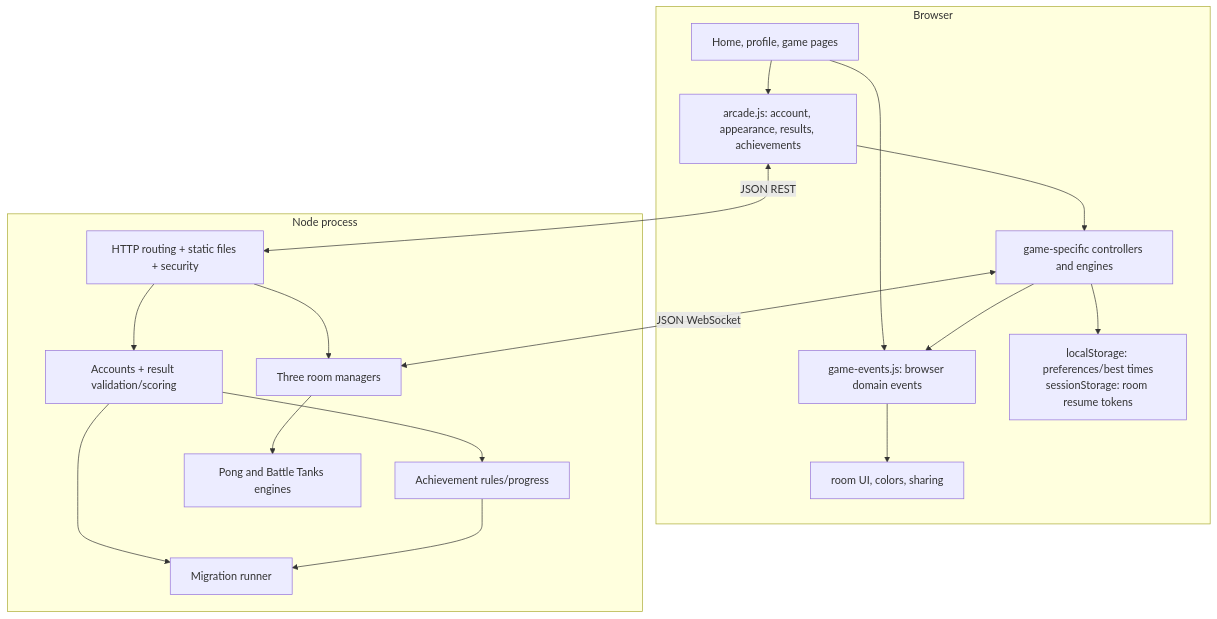
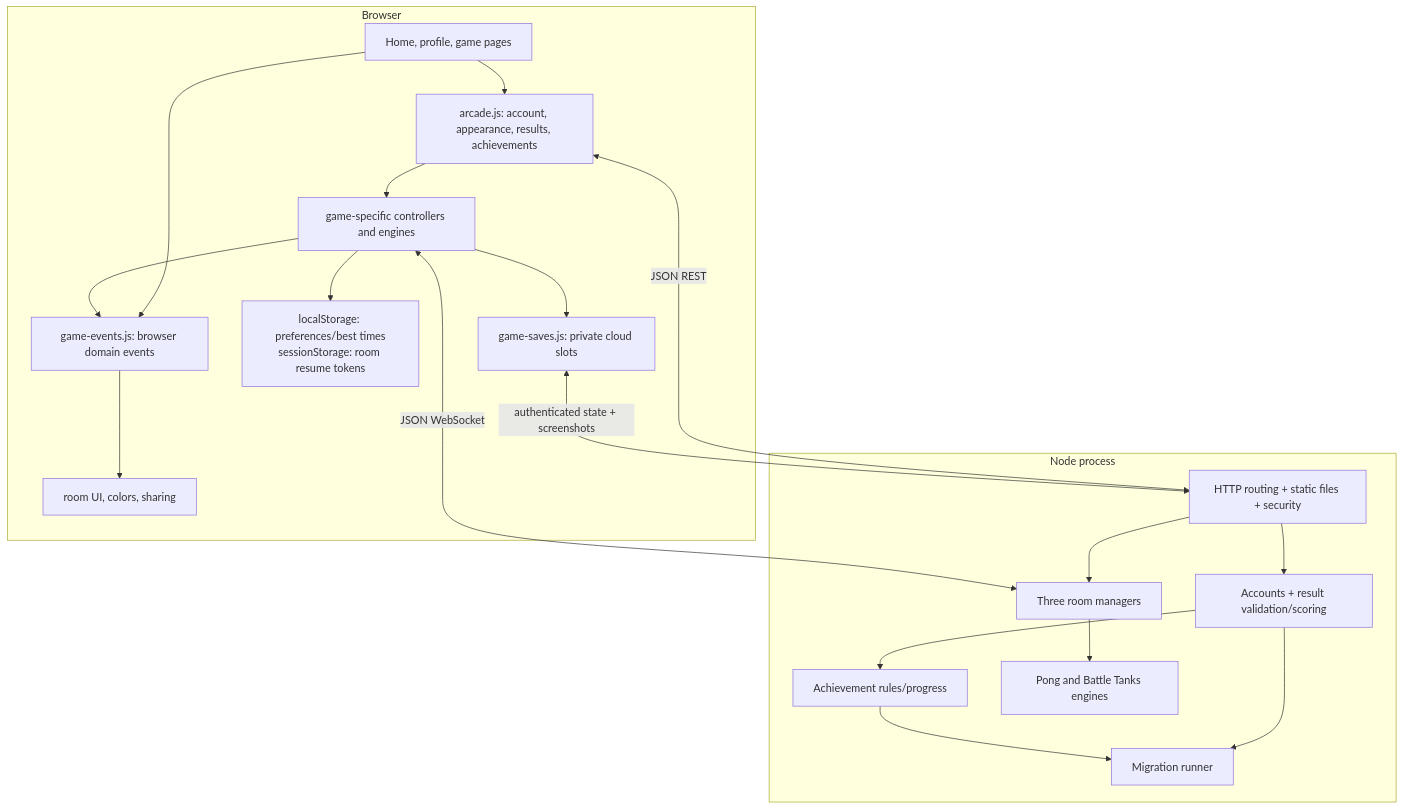
Before and after one commit to bashmohandes/Javascript: the second of 8 diagrams in docs/architecture.md, drawn with Mermaid. The commit also changed other lines of this file and 31 other files, not shown here.

Commit message:
Add cloud game saves

````diff
--- a/docs/architecture.md
+++ b/docs/architecture.md
@@ -21,30 +21,33 @@
 ```mermaid
 flowchart TB
   subgraph Browser
     Pages[Home, profile, game pages]
     Arcade[arcade.js: account, appearance, results, achievements]
     Events[game-events.js: browser domain events]
     Shared[room UI, colors, sharing]
     Games[game-specific controllers and engines]
     Store[localStorage: preferences/best times\nsessionStorage: room resume tokens]
+    Saves[game-saves.js: private cloud slots]
     Pages --> Arcade
     Pages --> Events
     Games --> Events --> Shared
     Arcade --> Games
     Games --> Store
+    Games --> Saves
   end
   subgraph Node_process[Node process]
     HTTP[HTTP routing + static files + security]
     Accounts[Accounts + result validation/scoring]
     Achievements[Achievement rules/progress]
     Rooms[Three room managers]
     Engines[Pong and Battle Tanks engines]
     DB[Migration runner]
     HTTP --> Accounts --> Achievements
     HTTP --> Rooms --> Engines
     Accounts --> DB
     Achievements --> DB
   end
   Arcade <-->|JSON REST| HTTP
+  Saves <-->|authenticated state + screenshots| HTTP
   Games <-->|JSON WebSocket| Rooms
 ```
````
